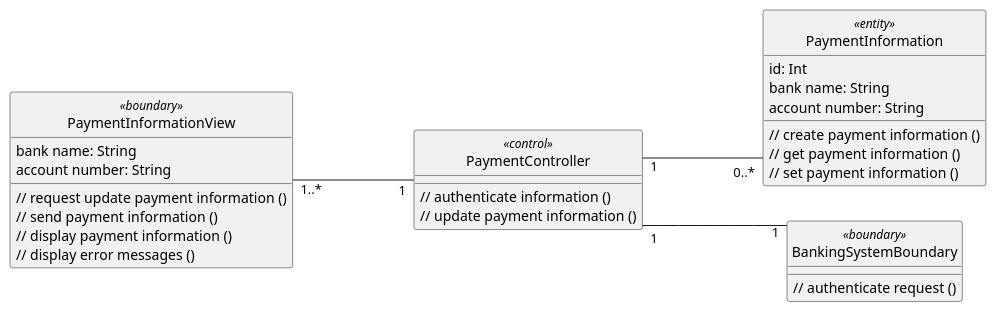
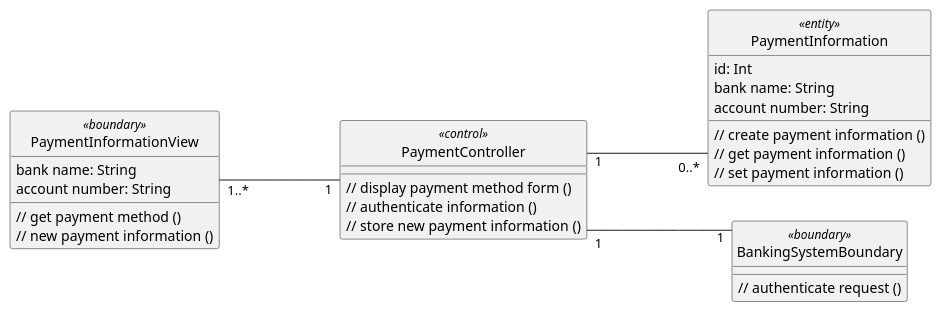
One commit to anhbanlinhle/velocity-exchange changed the diagram in uml/analysis/class/update_payment_information.pu. Above: the diagram before and after it, drawn with PlantUML. The commit also changed 1 other file, not shown here.

```diff
--- a/uml/analysis/class/update_payment_information.pu
+++ b/uml/analysis/class/update_payment_information.pu
@@ -1,50 +1,47 @@
 @startuml 
 skinparam classAttributeIconSize 0
 skinparam linetype ortho
 left to right direction
 hide circle
 class PaymentInformationView <<boundary>> {
     bank name: String
     account number: String
 
-    // request update payment information ()
-    // send payment information ()
-    // display payment information ()
-    // display error messages ()
+    // get payment method ()
+    // new payment information ()
 
     }
 
 class PaymentController <<control>> {
-    
-
+    // display payment method form ()
     // authenticate information ()
-    // update payment information ()
+    // store new payment information ()
 
     }
 
 class PaymentInformation <<entity>> {
     id: Int
     bank name: String
     account number: String
 
     // create payment information ()
     // get payment information ()
     // set payment information ()
 
     }
 
 class BankingSystemBoundary <<boundary>> {
     
 
     // authenticate request ()
 
 
     }
 
 PaymentInformationView "1..*" --- "1" PaymentController
 
 PaymentController "1" --- "0..*" PaymentInformation
 
 PaymentController "1" --- "1" BankingSystemBoundary
 
 @enduml
```
